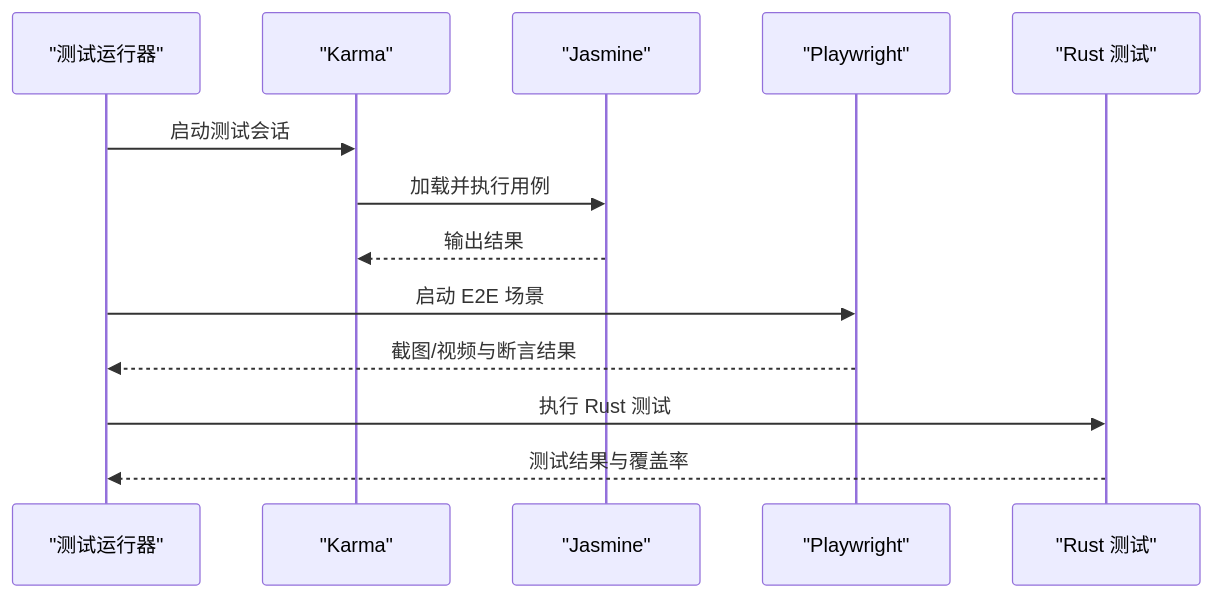
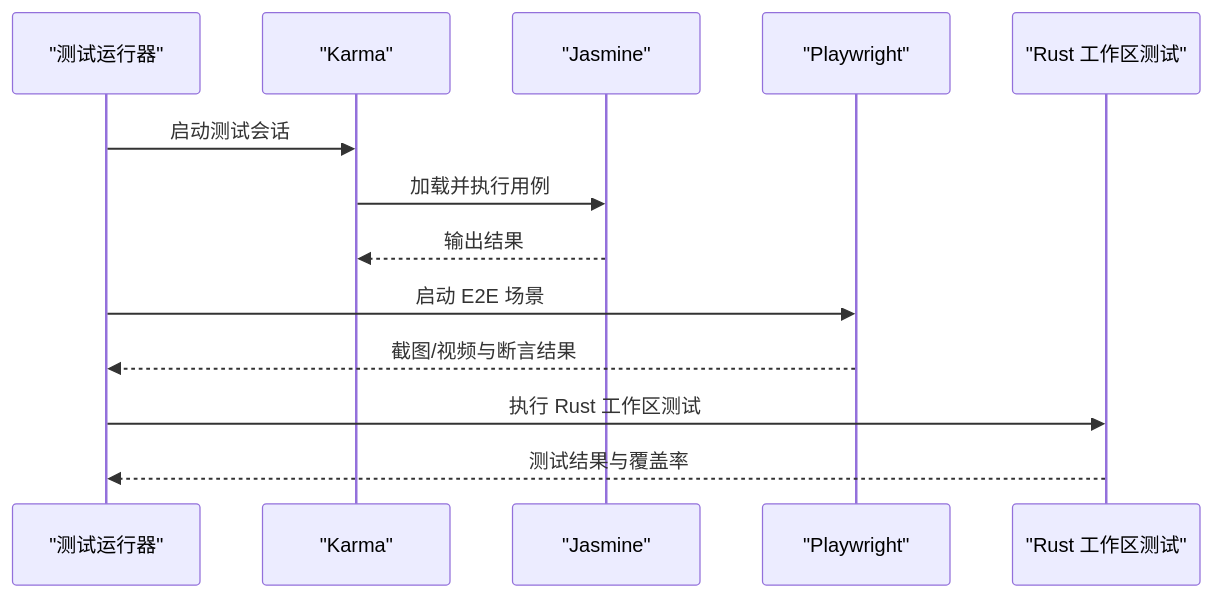
The sixth of 10 diagrams in .qoder/repowiki/zh/content/项目概述/技术栈.md (rzhangjing/cesium), drawn with Mermaid before and after one commit. The commit also changed other lines of this file and 1321 other files, not shown here.

````diff
--- a/.qoder/repowiki/zh/content/项目概述/技术栈.md
+++ b/.qoder/repowiki/zh/content/项目概述/技术栈.md
@@ -412,15 +427,15 @@
 ```mermaid
 sequenceDiagram
 participant Runner as "测试运行器"
 participant Karma as "Karma"
 participant Jasmine as "Jasmine"
 participant PW as "Playwright"
-participant RustTest as "Rust 测试"
+participant RustTest as "Rust 工作区测试"
 Runner->>Karma : 启动测试会话
 Karma->>Jasmine : 加载并执行用例
 Jasmine-->>Karma : 输出结果
 Runner->>PW : 启动 E2E 场景
 PW-->>Runner : 截图/视频与断言结果
-Runner->>RustTest : 执行 Rust 测试
+Runner->>RustTest : 执行 Rust 工作区测试
 RustTest-->>Runner : 测试结果与覆盖率
 ```
````
